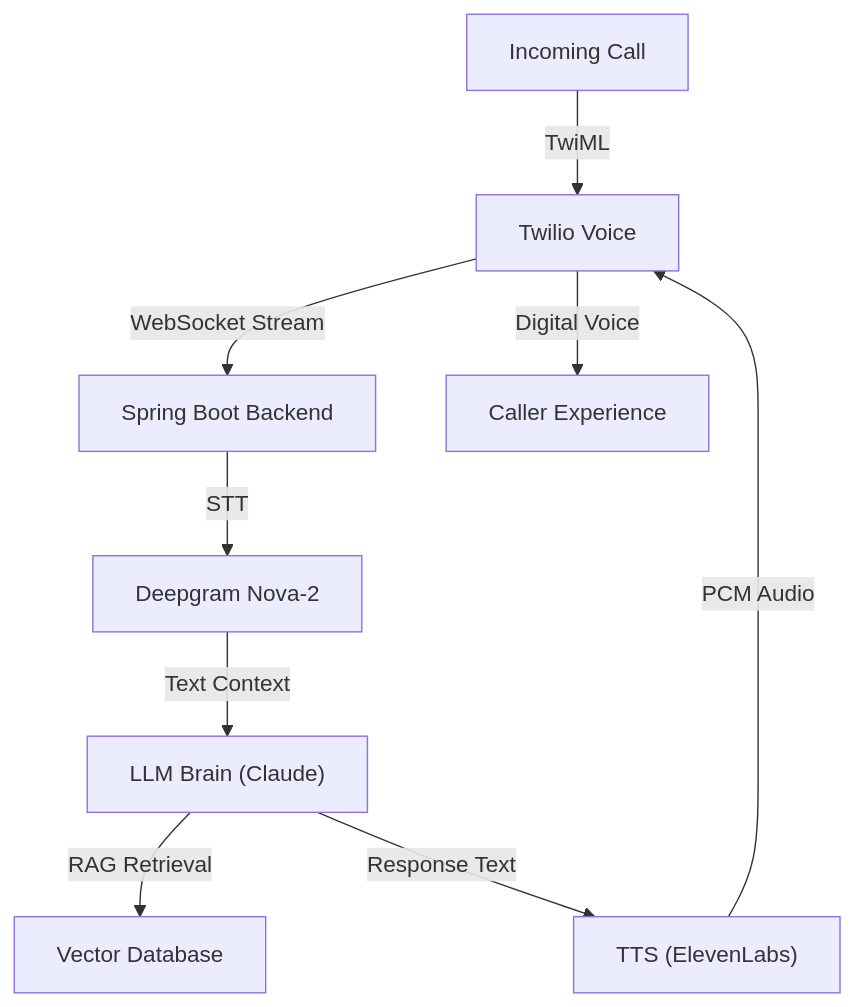
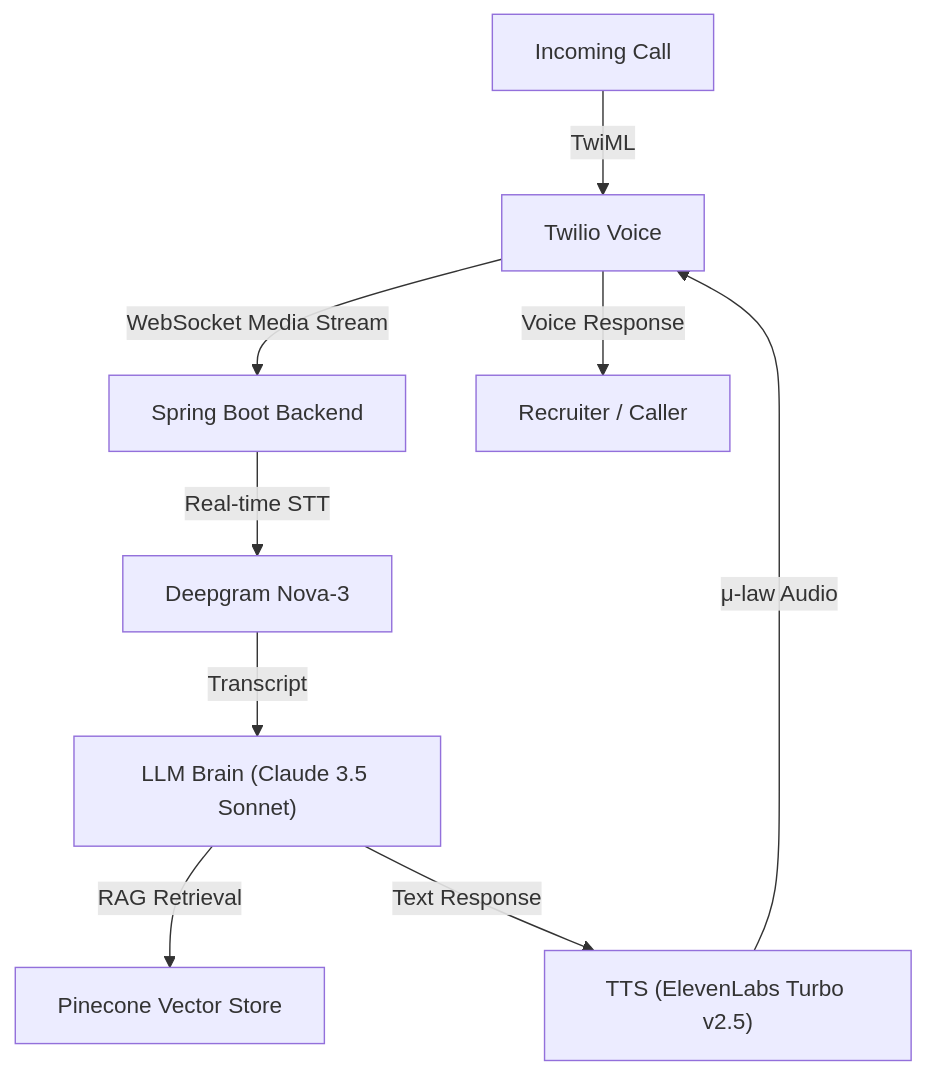
Before and after one commit to dhonitheja/Ai-calling-assistance: the diagram in README.md, drawn with Mermaid. The commit also changed other lines of this file and 16 other files, not shown here.

````diff
--- a/README.md
+++ b/README.md
@@ -11,11 +11,11 @@
 ```mermaid
 graph TD
     A["Incoming Call"] -->|TwiML| B["Twilio Voice"]
-    B -->|WebSocket Stream| C["Spring Boot Backend"]
-    C -->|STT| D["Deepgram Nova-2"]
-    D -->|Text Context| E["LLM Brain (Claude)"]
-    E -->|RAG Retrieval| F["Vector Database"]
-    E -->|Response Text| G["TTS (ElevenLabs)"]
-    G -->|PCM Audio| B
-    B -->|Digital Voice| H["Caller Experience"]
+    B -->|WebSocket Media Stream| C["Spring Boot Backend"]
+    C -->|Real-time STT| D["Deepgram Nova-3"]
+    D -->|Transcript| E["LLM Brain (Claude 3.5 Sonnet)"]
+    E -->|RAG Retrieval| F["Pinecone Vector Store"]
+    E -->|Text Response| G["TTS (ElevenLabs Turbo v2.5)"]
+    G -->|μ-law Audio| B
+    B -->|Voice Response| H["Recruiter / Caller"]
 ```
````
